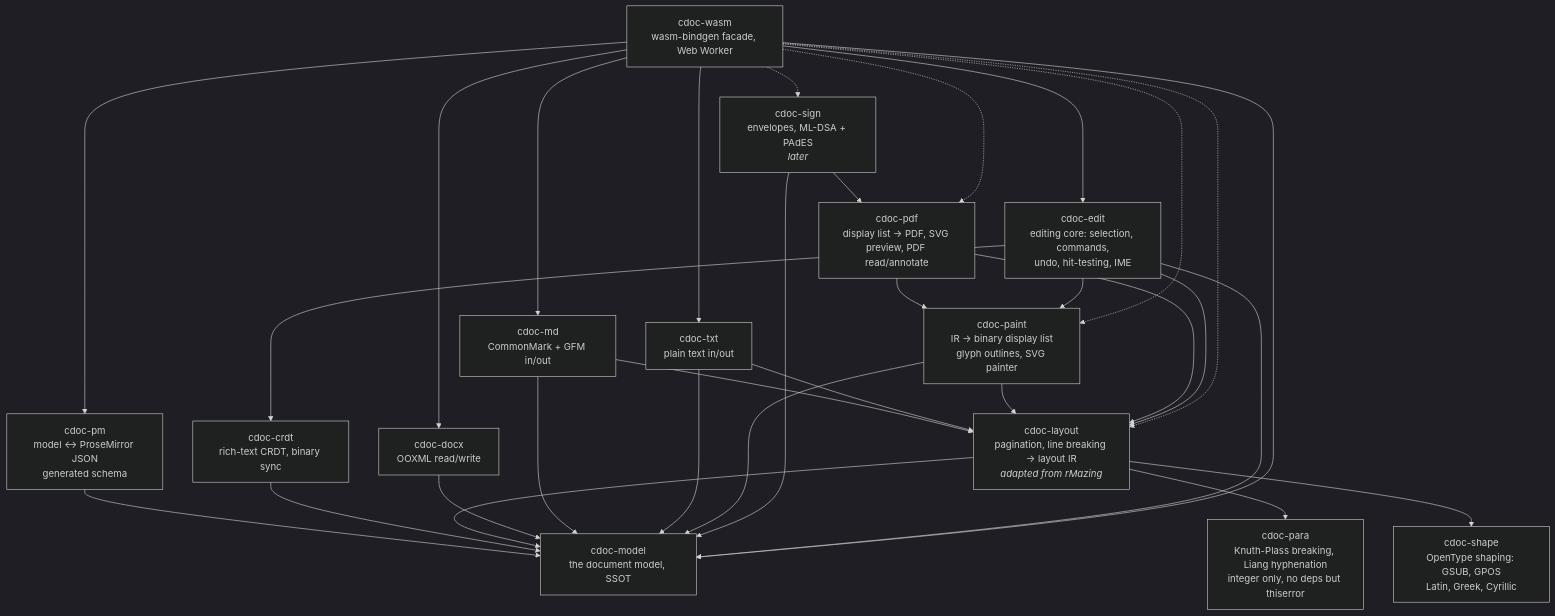
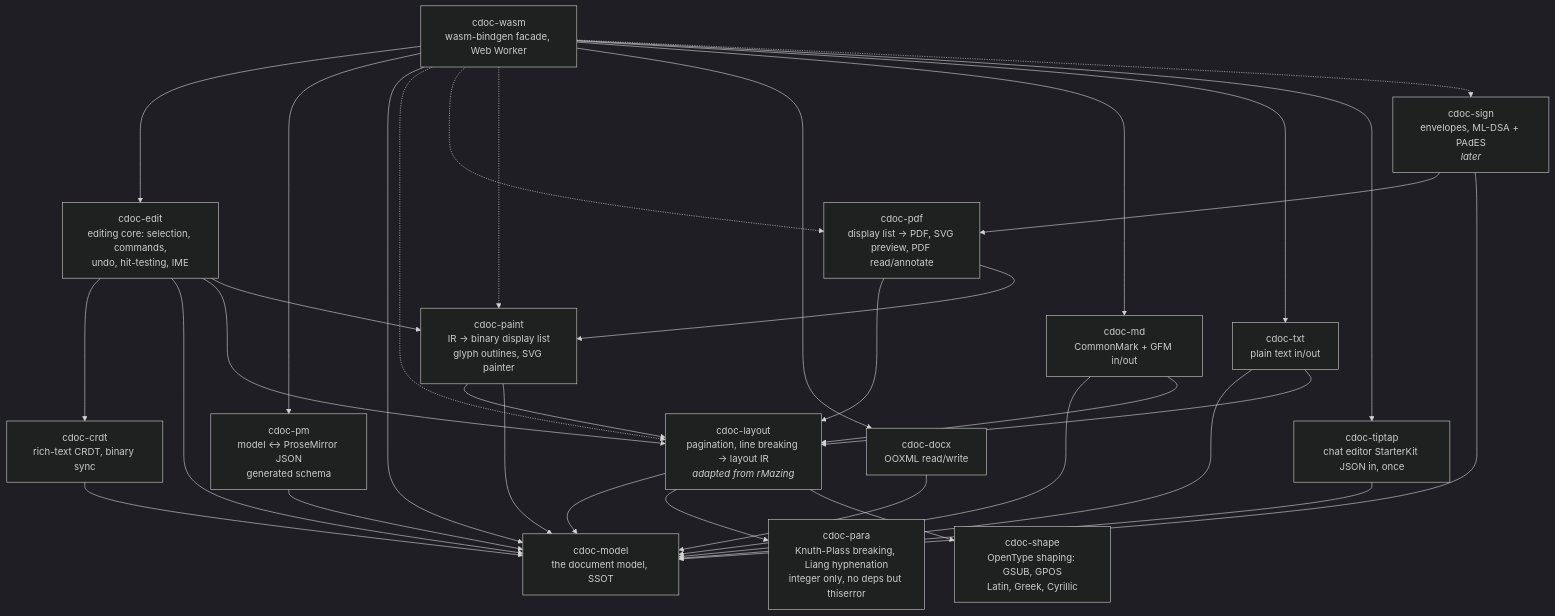
The diagram in ARCHITECTURE.md (Avarok-Cybersecurity/citadel-docs), drawn with Mermaid (dark theme) before and after one commit. The commit also changed other lines of this file and 73 other files, not shown here.

````diff
--- a/ARCHITECTURE.md
+++ b/ARCHITECTURE.md
@@ -12,48 +12,51 @@
 ```mermaid
 graph TD
     model[cdoc-model<br/>the document model, SSOT]
     pm[cdoc-pm<br/>model ↔ ProseMirror JSON<br/>generated schema]
     layout[cdoc-layout<br/>pagination, line breaking → layout IR<br/><i>adapted from rMazing</i>]
     para[cdoc-para<br/>Knuth-Plass breaking, Liang hyphenation<br/>integer only, no deps but thiserror]
     shape[cdoc-shape<br/>OpenType shaping: GSUB, GPOS<br/>Latin, Greek, Cyrillic]
     paint[cdoc-paint<br/>IR → binary display list<br/>glyph outlines, SVG painter]
     pdf[cdoc-pdf<br/>display list → PDF, SVG preview, PDF read/annotate]
     docx[cdoc-docx<br/>OOXML read/write]
     md[cdoc-md<br/>CommonMark + GFM in/out]
     txt[cdoc-txt<br/>plain text in/out]
+    tiptap[cdoc-tiptap<br/>chat editor StarterKit JSON in, once]
     sign[cdoc-sign<br/>envelopes, ML-DSA + PAdES<br/><i>later</i>]
     wasm[cdoc-wasm<br/>wasm-bindgen facade, Web Worker]
     crdt[cdoc-crdt<br/>rich-text CRDT, binary sync]
     edit[cdoc-edit<br/>editing core: selection, commands,<br/>undo, hit-testing, IME]
 
     pm --> model
     crdt --> model
     layout --> model
     layout --> para
     layout --> shape
     docx --> model
     md --> model
     md --> layout
     txt --> model
     txt --> layout
+    tiptap --> model
     paint --> layout
     paint --> model
     pdf --> layout
     pdf --> paint
     sign --> pdf
     sign --> model
     edit --> crdt
     edit --> model
     edit --> layout
     edit --> paint
     wasm --> edit
     wasm --> pm
     wasm --> model
     wasm -.-> layout
     wasm -.-> pdf
     wasm -.-> paint
     wasm --> docx
     wasm --> md
     wasm --> txt
+    wasm --> tiptap
     wasm -.-> sign
 ```
````
